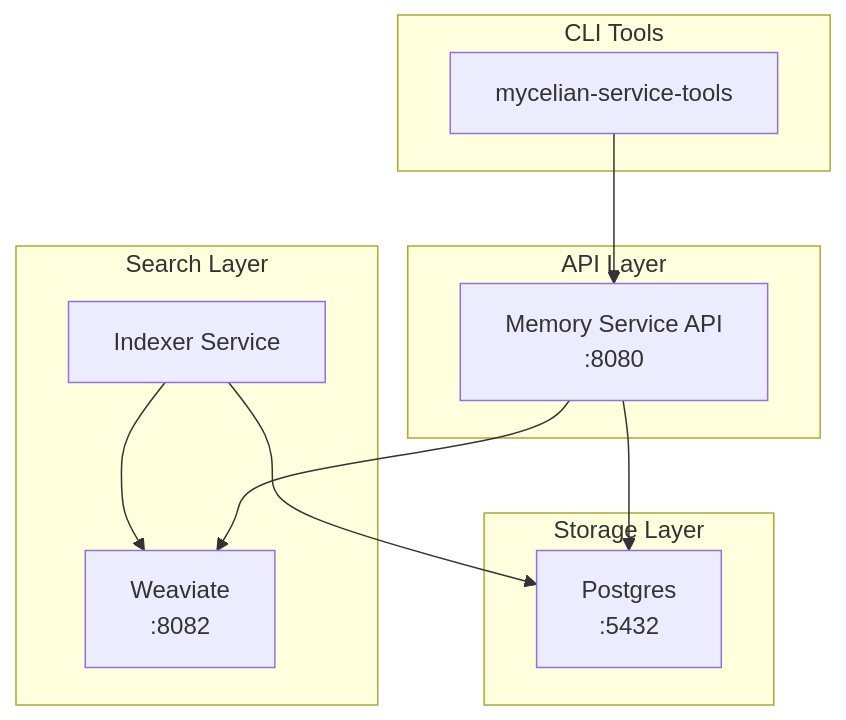
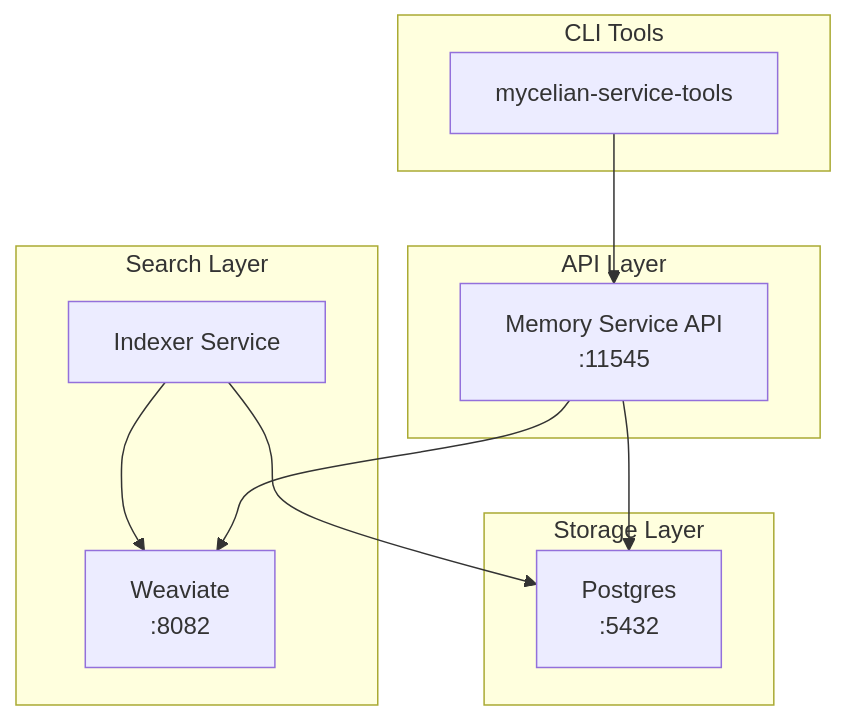
The diagram in DEVELOPER.md (mycelian-ai/mycelian-memory), drawn with Mermaid before and after one commit. The commit also changed other lines of this file and 59 other files, not shown here.

````diff
--- a/DEVELOPER.md
+++ b/DEVELOPER.md
@@ -76,26 +76,26 @@
 ```mermaid
 graph TB
     subgraph "API Layer"
-        API[Memory Service API<br/>:8080]
+        API[Memory Service API<br/>:11545]
     end
     
     subgraph "Storage Layer"
         Postgres[Postgres<br/>:5432]
     end
     
     subgraph "Search Layer"
         Weaviate[Weaviate<br/>:8082]
         Indexer[Indexer Service]
     end
     
     subgraph "CLI Tools"
         ServiceTools[mycelian-service-tools]
     end
     
     API --> Postgres
     Indexer --> Postgres
     Indexer --> Weaviate
     API --> Weaviate
     
     ServiceTools --> API
 ```
````
